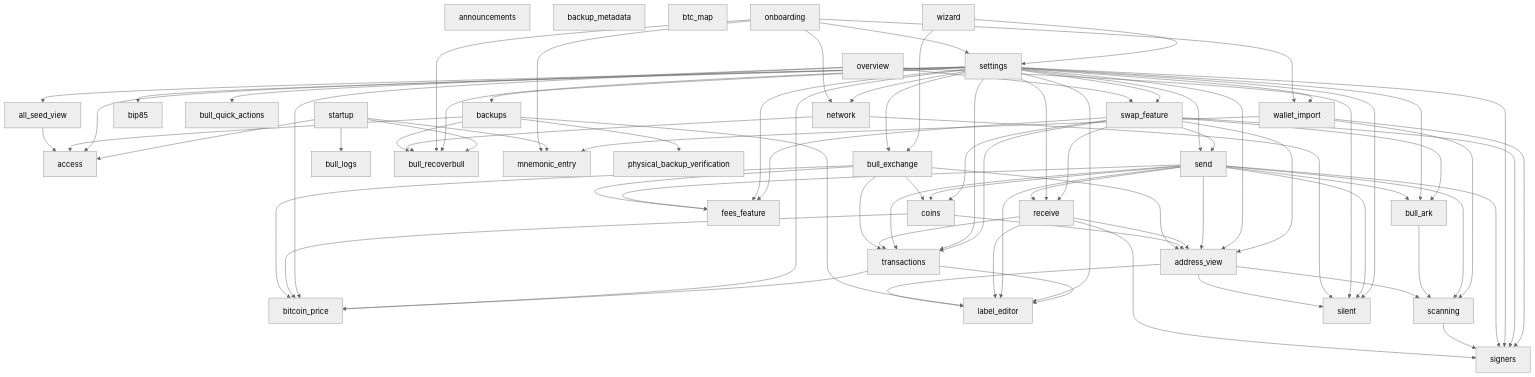
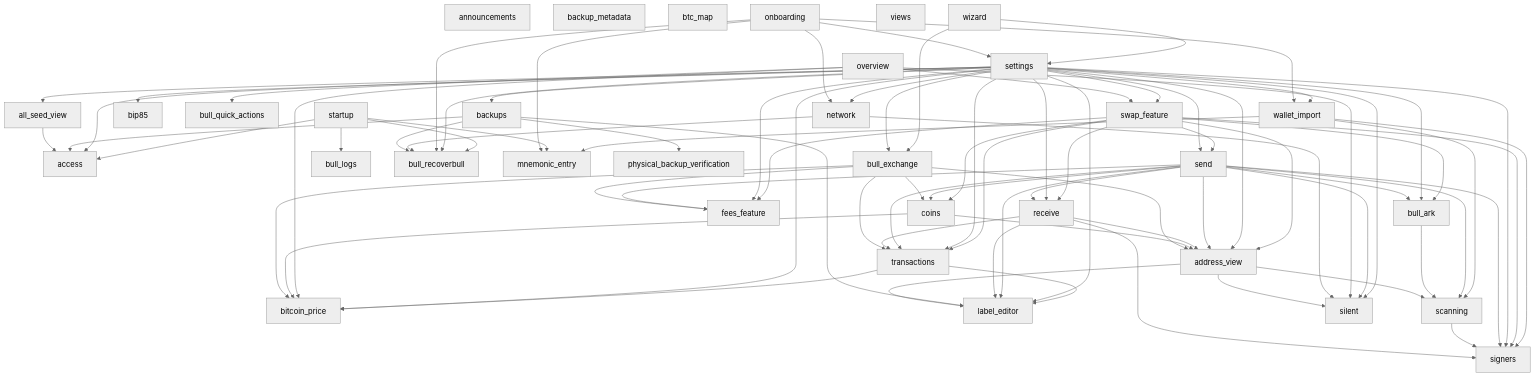
Before and after one commit to SatoshiPortal/bullbitcoin-mobile: the first of 2 diagrams in WORKSPACE.md, drawn with Mermaid (neutral theme). The commit also changed other lines of this file and 47 other files, not shown here.

```diff
--- a/WORKSPACE.md
+++ b/WORKSPACE.md
@@ -41,6 +41,7 @@
   pkg_startup["startup"]
   pkg_swap_feature["swap_feature"]
   pkg_transactions["transactions"]
+  pkg_views["views"]
   pkg_wallet_import["wallet_import"]
   pkg_wizard["wizard"]
   pkg_address_view --> pkg_label_editor
```
